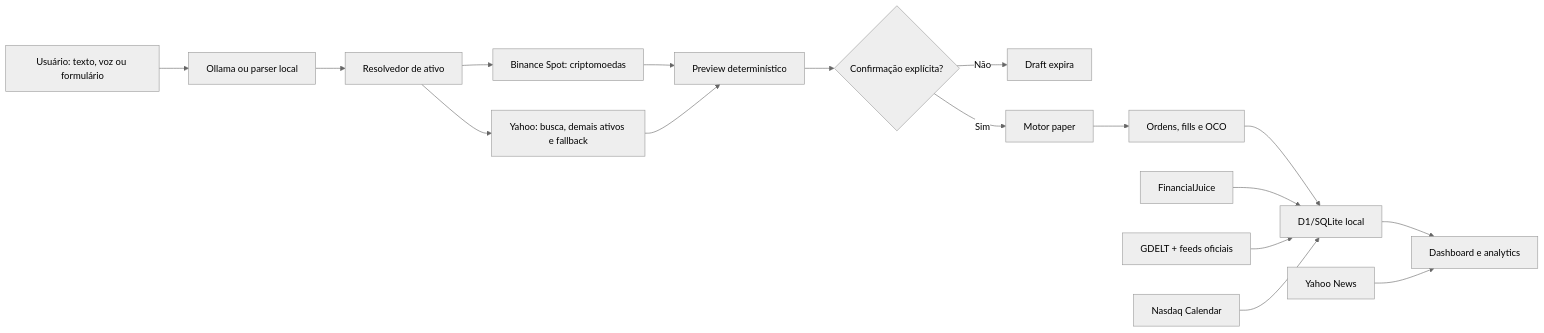
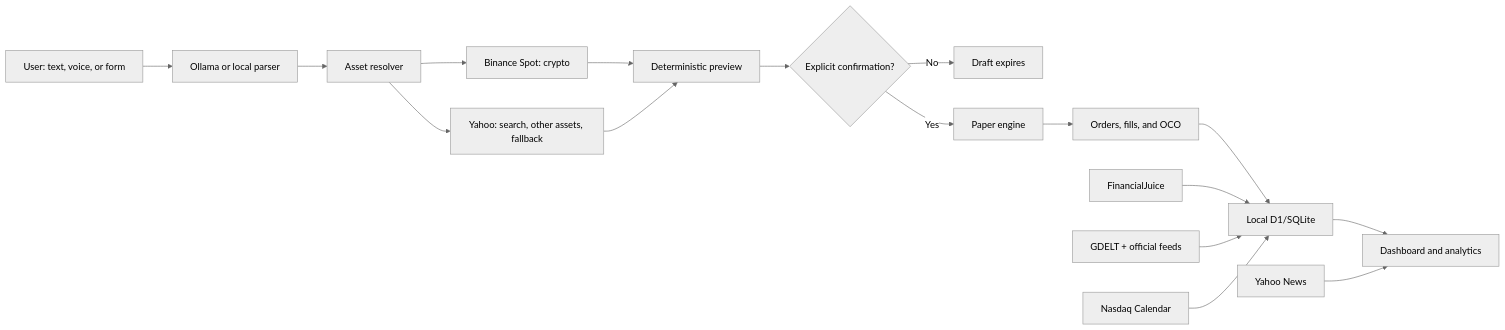
Before and after one commit to gustavosmede/brok-ai: the diagram in BROKAI_TECHNICAL_MEMO.md, drawn with Mermaid (neutral theme). The commit also changed other lines of this file and 40 other files, not shown here.

````diff
--- a/BROKAI_TECHNICAL_MEMO.md
+++ b/BROKAI_TECHNICAL_MEMO.md
@@ -50,19 +50,19 @@
 ```mermaid
 flowchart LR
-    U["Usuário: texto, voz ou formulário"] --> P["Ollama ou parser local"]
-    P --> R["Resolvedor de ativo"]
-    R --> B["Binance Spot: criptomoedas"]
-    R --> Y["Yahoo: busca, demais ativos e fallback"]
-    B --> V["Preview determinístico"]
+    U["User: text, voice, or form"] --> P["Ollama or local parser"]
+    P --> R["Asset resolver"]
+    R --> B["Binance Spot: crypto"]
+    R --> Y["Yahoo: search, other assets, fallback"]
+    B --> V["Deterministic preview"]
     Y --> V
-    V --> C{"Confirmação explícita?"}
-    C -- "Não" --> D["Draft expira"]
-    C -- "Sim" --> E["Motor paper"]
-    E --> O["Ordens, fills e OCO"]
-    O --> DB["D1/SQLite local"]
-    DB --> UI["Dashboard e analytics"]
+    V --> C{"Explicit confirmation?"}
+    C -- "No" --> D["Draft expires"]
+    C -- "Yes" --> E["Paper engine"]
+    E --> O["Orders, fills, and OCO"]
+    O --> DB["Local D1/SQLite"]
+    DB --> UI["Dashboard and analytics"]
     FJ["FinancialJuice"] --> DB
-    GD["GDELT + feeds oficiais"] --> DB
+    GD["GDELT + official feeds"] --> DB
     NQ["Nasdaq Calendar"] --> DB
     YN["Yahoo News"] --> UI
 ```
````
